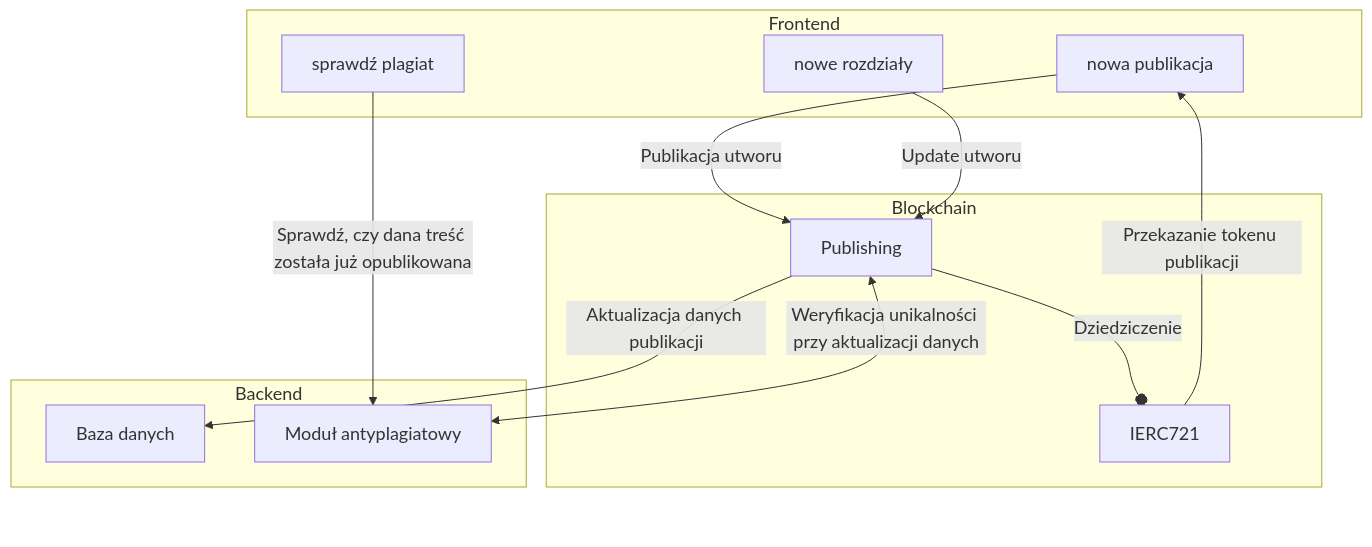
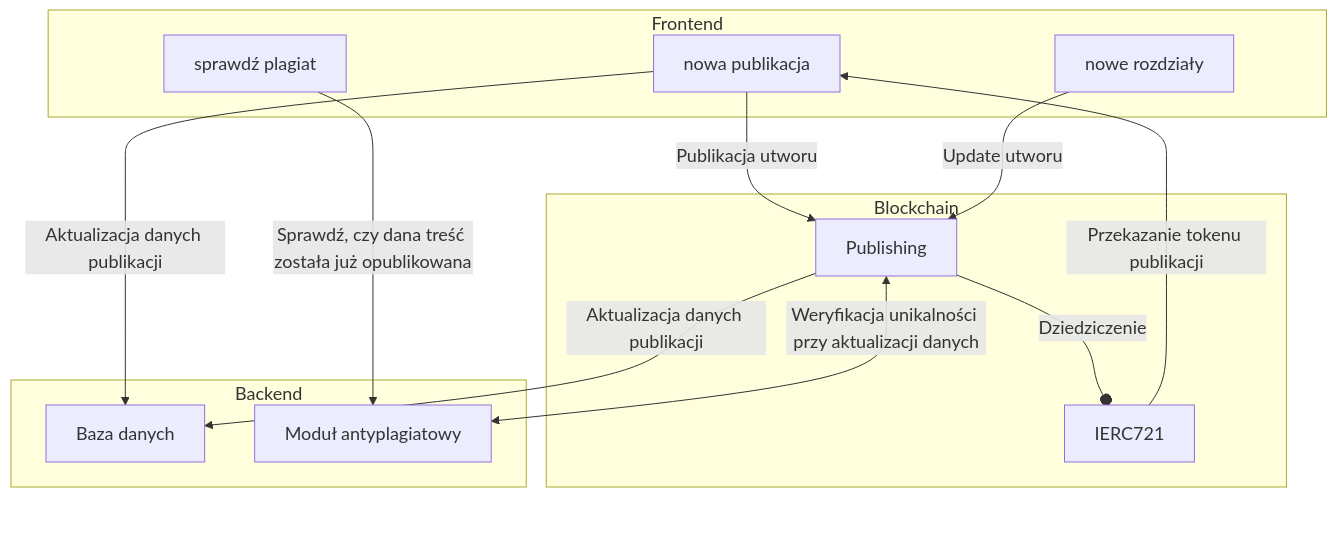
Before and after one commit to Kapiszon2343/blockchain-project: the first of 7 diagrams in ARCHITECTURE.md, drawn with Mermaid. The commit also changed other lines of this file and 1 other file, not shown here.

Commit message:
Architecture update

````diff
--- a/ARCHITECTURE.md
+++ b/ARCHITECTURE.md
@@ -19,29 +19,30 @@
 ```mermaid
 %%{ init: { "themeVariables": { "fontSize": "18px" } } }%%
 flowchart TD
  subgraph Frontend["Frontend"]
         Publish["nowa publikacja"]
         Update["nowe rozdziały"]
         Check["sprawdź plagiat"]
   end
  subgraph Blockchain["Blockchain"]
         Publishing["Publishing"]
         IERC721["IERC721"]
   end
  subgraph Backend["Backend"]
         Baza["Baza danych"]
         Antyplagiat["Moduł antyplagiatowy"]
   end
     IERC721 -- Przekazanie tokenu publikacji --> Publish
     Publishing -- Dziedziczenie --o IERC721
     IERC721 ~~~ Dummy
     Publish ~~~ Dummy
     Dummy:::hidden
     Publish -- Publikacja utworu --> Publishing
     Update -- Update utworu --> Publishing
+    Publish -- Aktualizacja danych publikacji --> Baza
     Publishing -- Aktualizacja danych publikacji --> Baza
     Publishing <-- Weryfikacja unikalności przy aktualizacji danych --> Antyplagiat
     Check -- Sprawdź, czy dana treść została już opublikowana --> Antyplagiat
 
     classDef hidden display: none;
 ```
````
